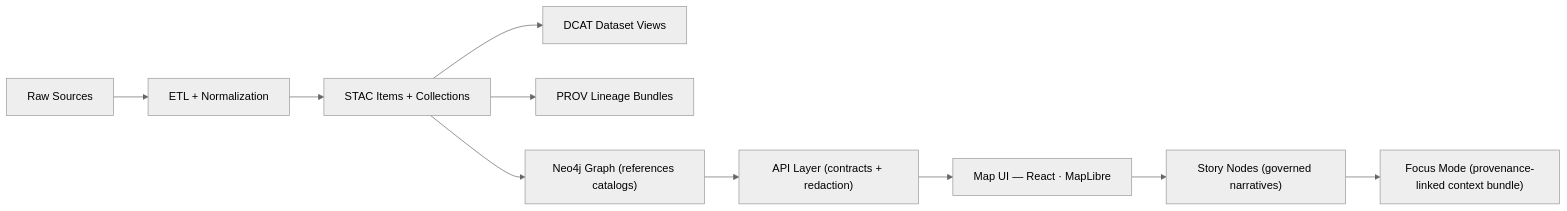
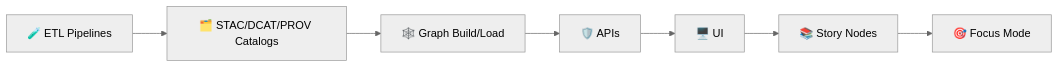
The diagram in docs/README.md (bartytime4life/Kansas-Frontier-Matrix), drawn with Mermaid (neutral theme) before and after one commit. The commit also changed other lines of this file, not shown here.

````diff
--- a/docs/README.md
+++ b/docs/README.md
@@ -49,12 +64,9 @@
 ```mermaid
 flowchart LR
-  A["Raw Sources"] --> B["ETL + Normalization"]
-  B --> C["STAC Items + Collections"]
-  C --> D["DCAT Dataset Views"]
-  C --> E["PROV Lineage Bundles"]
-  C --> G["Neo4j Graph (references catalogs)"]
-  G --> H["API Layer (contracts + redaction)"]
-  H --> I["Map UI — React · MapLibre"]
-  I --> J["Story Nodes (governed narratives)"]
-  J --> K["Focus Mode (provenance-linked context bundle)"]
+  A[🧪 ETL Pipelines] --> B[🗂️ STAC/DCAT/PROV Catalogs]
+  B --> C[🕸️ Graph Build/Load]
+  C --> D[🛡️ APIs]
+  D --> E[🖥️ UI]
+  E --> F[📚 Story Nodes]
+  F --> G[🎯 Focus Mode]
 ```
````
